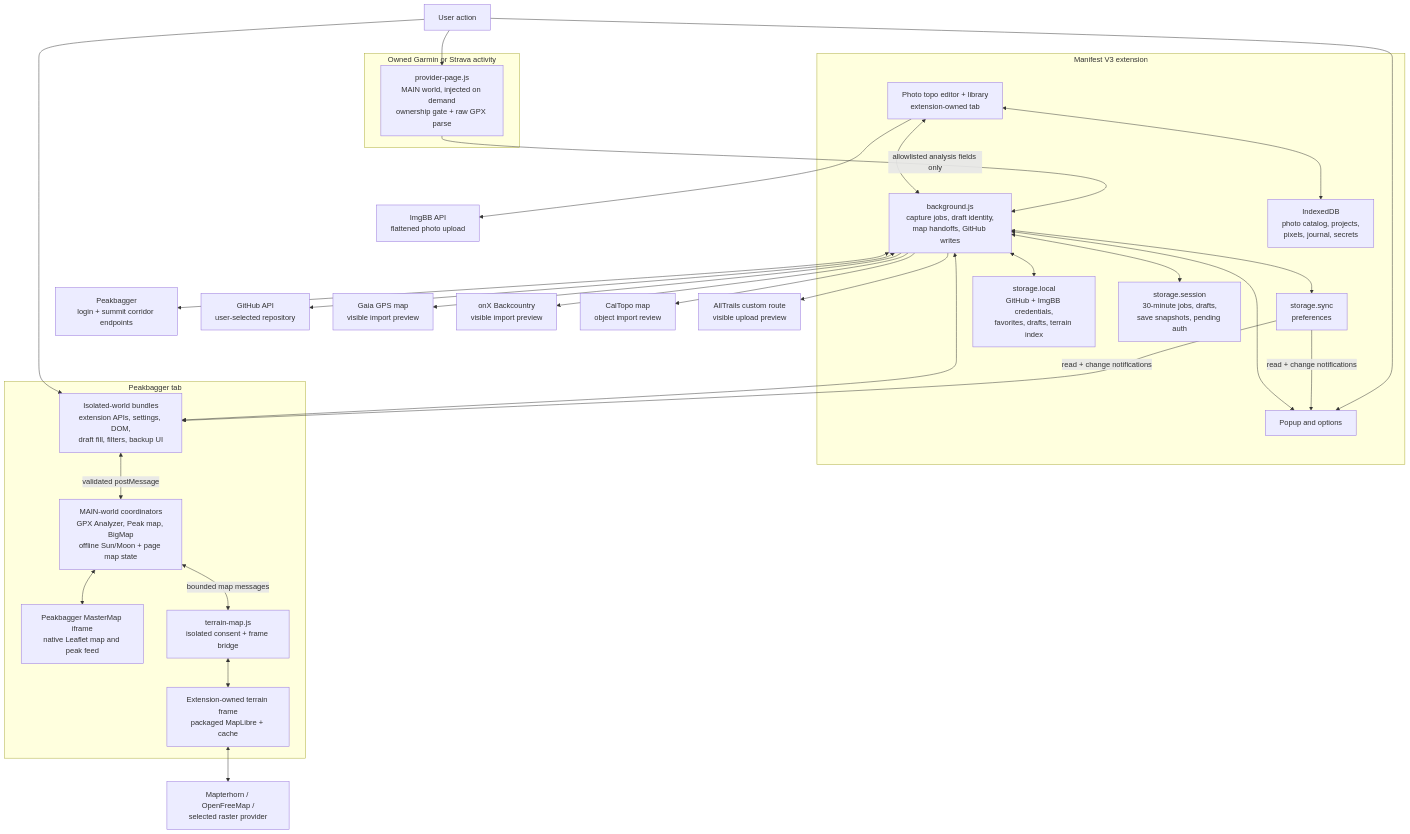
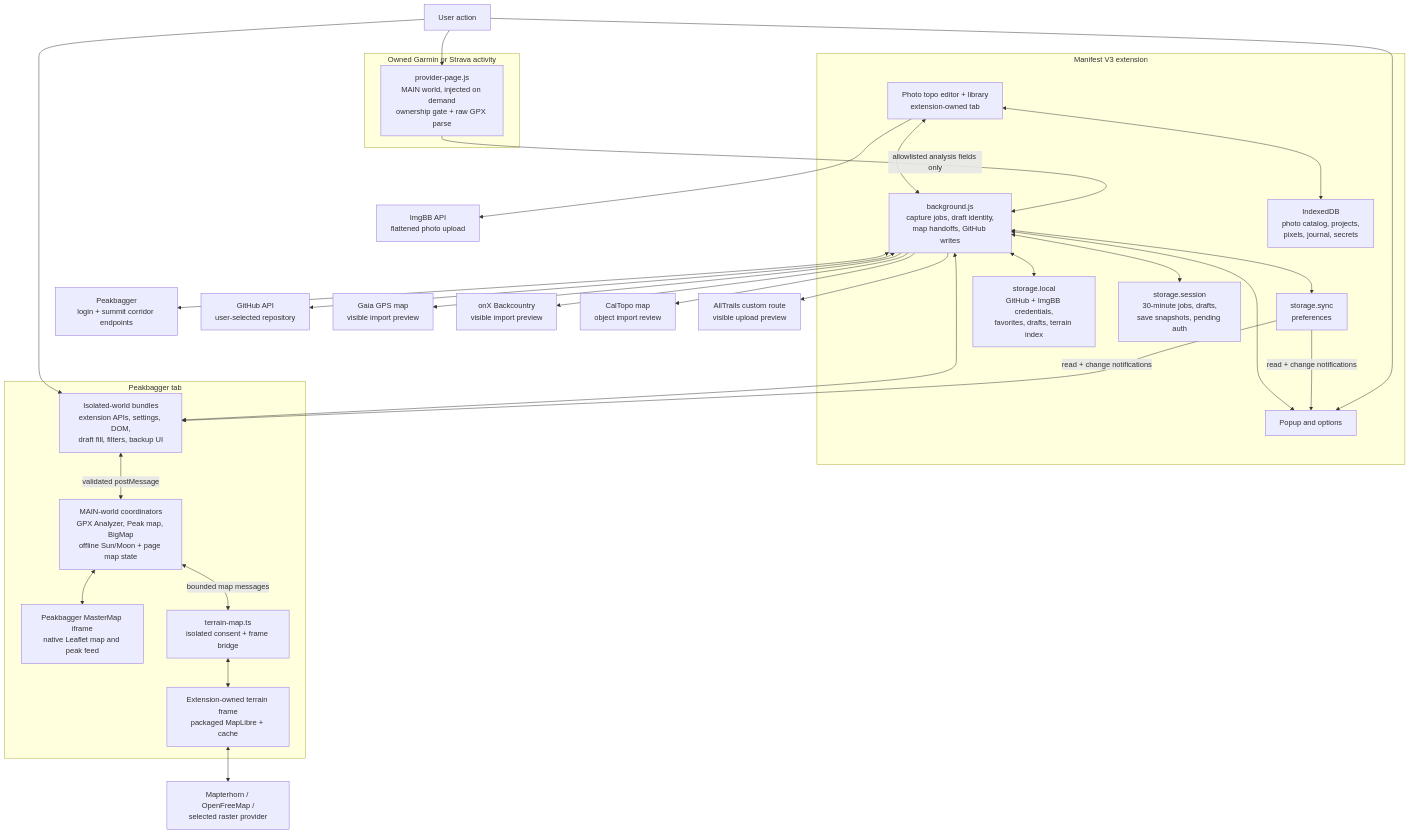
The first of 2 diagrams in docs/architecture.md (wilmtang/better-peakbagger), drawn with Mermaid before and after one commit. The commit also changed other lines of this file and 18 other files, not shown here.

First line of the commit message:
build: convert map layers and the 3d terrain owners to typescript

````diff
--- a/docs/architecture.md
+++ b/docs/architecture.md
@@ -15,61 +15,61 @@
 ```mermaid
 flowchart TB
     user["User action"]
 
     subgraph provider["Owned Garmin or Strava activity"]
         providerPage["provider-page.js<br/>MAIN world, injected on demand<br/>ownership gate + raw GPX parse"]
     end
 
     subgraph extension["Manifest V3 extension"]
         popup["Popup and options"]
         worker["background.js<br/>capture jobs, draft identity,<br/>map handoffs, GitHub writes"]
         photoPage["Photo topo editor + library<br/>extension-owned tab"]
         photoDb["IndexedDB<br/>photo catalog, projects,<br/>pixels, journal, secrets"]
         sync["storage.sync<br/>preferences"]
         local["storage.local<br/>GitHub + ImgBB credentials,<br/>favorites, drafts, terrain index"]
         session["storage.session<br/>30-minute jobs, drafts,<br/>save snapshots, pending auth"]
     end
 
     subgraph peakbagger["Peakbagger tab"]
         isolated["Isolated-world bundles<br/>extension APIs, settings, DOM,<br/>draft fill, filters, backup UI"]
         main["MAIN-world coordinators<br/>GPX Analyzer, Peak map, BigMap<br/>offline Sun/Moon + page map state"]
         master["Peakbagger MasterMap iframe<br/>native Leaflet map and peak feed"]
-        terrainBridge["terrain-map.js<br/>isolated consent + frame bridge"]
+        terrainBridge["terrain-map.ts<br/>isolated consent + frame bridge"]
         terrainFrame["Extension-owned terrain frame<br/>packaged MapLibre + cache"]
     end
 
     peakApi["Peakbagger<br/>login + summit corridor endpoints"]
     imgbb["ImgBB API<br/>flattened photo upload"]
     github["GitHub API<br/>user-selected repository"]
     gaia["Gaia GPS map<br/>visible import preview"]
     onx["onX Backcountry<br/>visible import preview"]
     caltopo["CalTopo map<br/>object import review"]
     alltrails["AllTrails custom route<br/>visible upload preview"]
     tiles["Mapterhorn / OpenFreeMap /<br/>selected raster provider"]
 
     user --> providerPage
     user --> isolated
     user --> popup
     providerPage -- "allowlisted analysis fields only" --> worker
     isolated <--> worker
     popup <--> worker
     photoPage <--> worker
     photoPage <--> photoDb
     photoPage --> imgbb
     sync -- "read + change notifications" --> popup
     sync -- "read + change notifications" --> isolated
     worker <--> sync
     worker <--> session
     worker <--> local
     worker <--> peakApi
     worker <--> github
     worker --> gaia
     worker --> onx
     worker --> caltopo
     worker --> alltrails
     isolated <-->|"validated postMessage"| main
     main <--> master
     main <-->|"bounded map messages"| terrainBridge
     terrainBridge <--> terrainFrame
     terrainFrame <--> tiles
 ```
````
